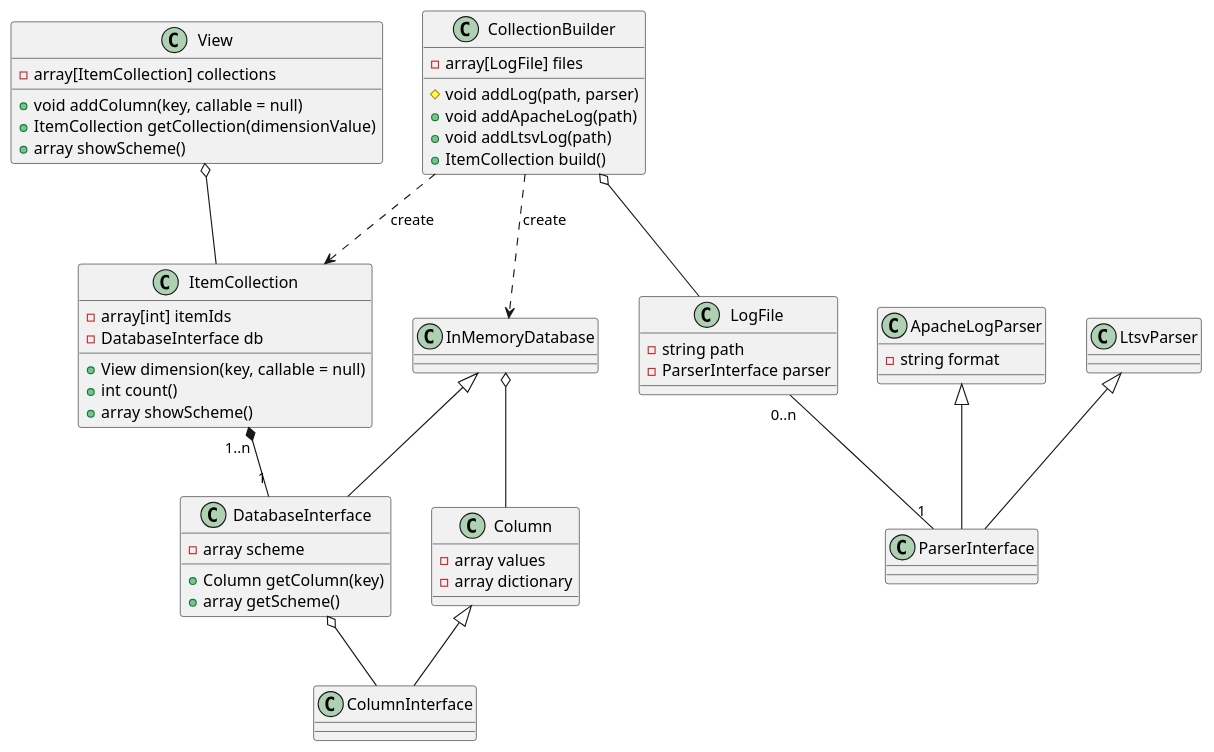
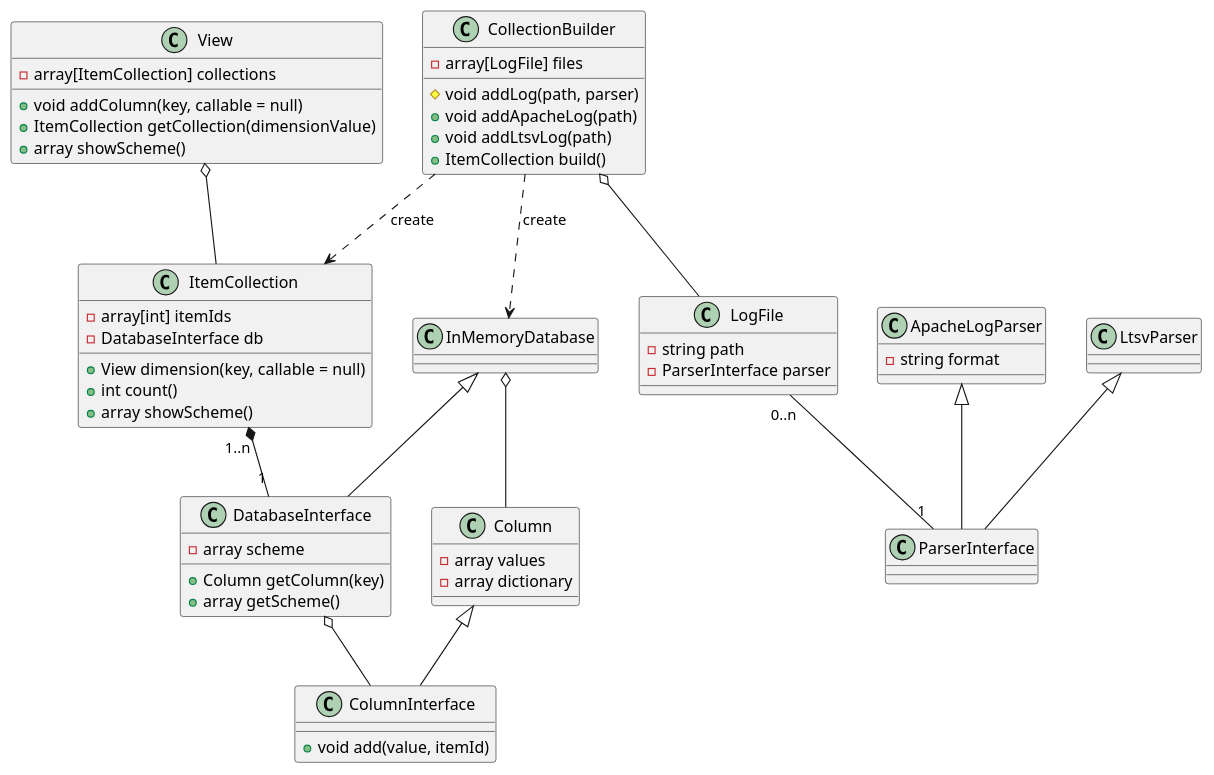
The diagram in doc/after.puml (nazonohito51/log-analyzer), drawn with PlantUML before and after one commit. The commit also changed 3 other files, not shown here.

```diff
--- a/doc/after.puml
+++ b/doc/after.puml
@@ -1,72 +1,73 @@
 @startuml
 class InMemoryDatabase {
 }
 
 class DatabaseInterface {
   - array scheme
   + Column getColumn(key)
   + array getScheme()
 }
 
 class Column {
   - array values
   - array dictionary
 }
 
 class ColumnInterface {
+  + void add(value, itemId)
 }
 
 class ItemCollection {
   - array[int] itemIds
   - DatabaseInterface db
 
   + View dimension(key, callable = null)
   + int count()
   + array showScheme()
 }
 
 class View {
   - array[ItemCollection] collections
 
   + void addColumn(key, callable = null)
   + ItemCollection getCollection(dimensionValue)
   + array showScheme()
 }
 
 class LogFile {
   - string path
   - ParserInterface parser
 }
 
 class ParserInterface {
 }
 
 class ApacheLogParser {
   - string format
 }
 
 class LtsvParser {
 }
 
 class CollectionBuilder {
   - array[LogFile] files
 
   # void addLog(path, parser)
   + void addApacheLog(path)
   + void addLtsvLog(path)
   + ItemCollection build()
 }
 
 InMemoryDatabase o-- Column
 LogFile "0..n" -- "1" ParserInterface
 View o-- ItemCollection
 CollectionBuilder ..> ItemCollection : create
 CollectionBuilder ..> InMemoryDatabase : create
 CollectionBuilder o-- LogFile
 ItemCollection "1..n" *-- "1" DatabaseInterface
 ApacheLogParser <|-- ParserInterface
 LtsvParser <|-- ParserInterface
 InMemoryDatabase <|-- DatabaseInterface
 Column <|-- ColumnInterface
 DatabaseInterface o-- ColumnInterface
 @enduml
```
